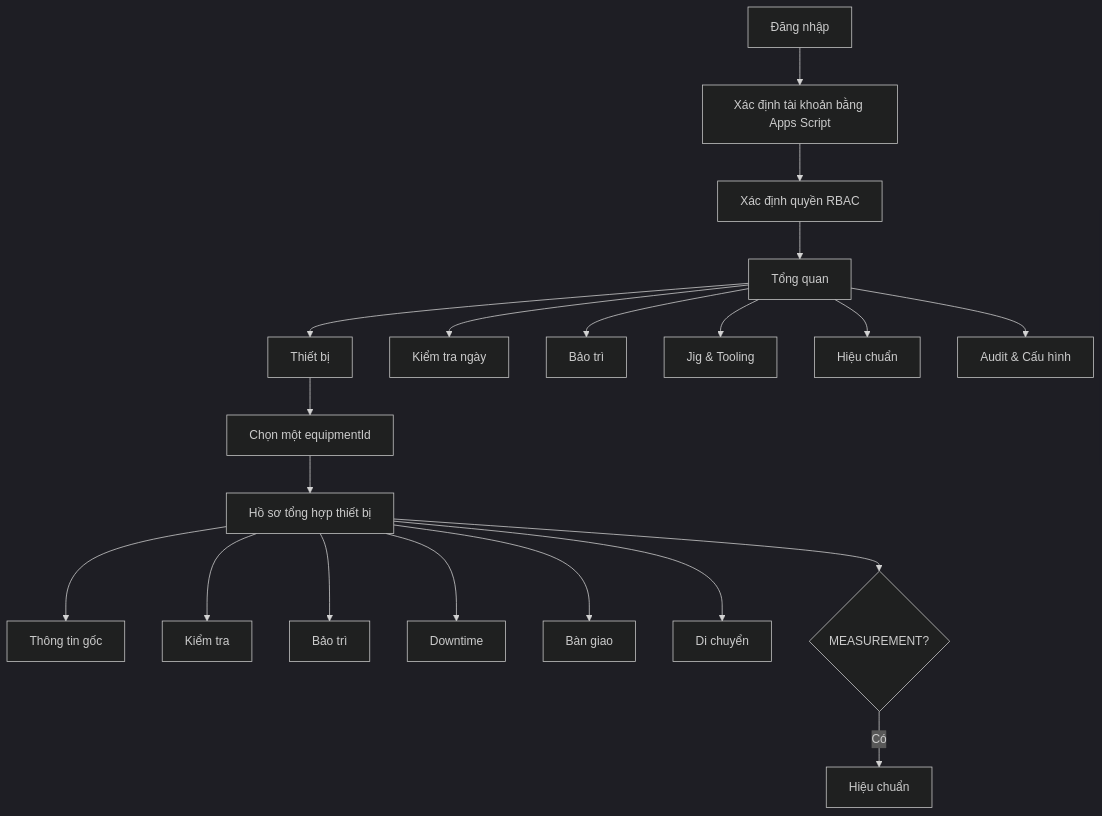
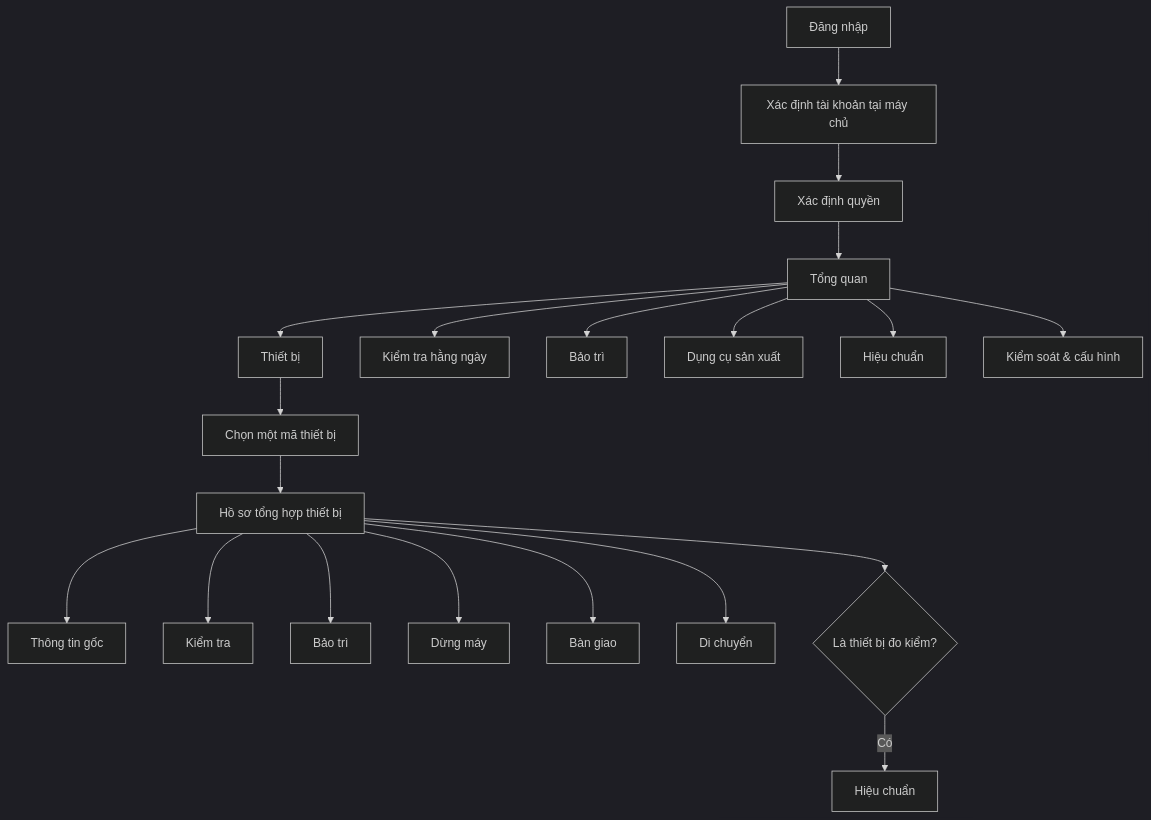
The fifth of 5 diagrams in docs/KIEN_TRUC_LUONG_HE_THONG.md (phan-tan-7211/IATF-16949-Equipment-Management), drawn with Mermaid (dark theme) before and after one commit. The commit also changed other lines of this file, not shown here.

Commit message:
docs: chuẩn hóa kiến trúc thuần tiếng Việt và mã thiết bị chính thức

````diff
--- a/docs/KIEN_TRUC_LUONG_HE_THONG.md
+++ b/docs/KIEN_TRUC_LUONG_HE_THONG.md
@@ -197,23 +216,23 @@
 ```mermaid
 flowchart TD
-    A["Đăng nhập"] --> B["Xác định tài khoản bằng Apps Script"]
-    B --> C["Xác định quyền RBAC"]
+    A["Đăng nhập"] --> B["Xác định tài khoản tại máy chủ"]
+    B --> C["Xác định quyền"]
     C --> D["Tổng quan"]
     D --> E["Thiết bị"]
-    D --> F["Kiểm tra ngày"]
+    D --> F["Kiểm tra hằng ngày"]
     D --> G["Bảo trì"]
-    D --> H["Jig & Tooling"]
+    D --> H["Dụng cụ sản xuất"]
     D --> I["Hiệu chuẩn"]
-    D --> J["Audit & Cấu hình"]
+    D --> J["Kiểm soát & cấu hình"]
 
-    E --> K["Chọn một equipmentId"]
+    E --> K["Chọn một mã thiết bị"]
     K --> L["Hồ sơ tổng hợp thiết bị"]
     L --> L1["Thông tin gốc"]
     L --> L2["Kiểm tra"]
     L --> L3["Bảo trì"]
-    L --> L4["Downtime"]
+    L --> L4["Dừng máy"]
     L --> L5["Bàn giao"]
     L --> L6["Di chuyển"]
-    L --> L7{"MEASUREMENT?"}
+    L --> L7{"Là thiết bị đo kiểm?"}
     L7 -->|"Có"| L8["Hiệu chuẩn"]
 ```
````
